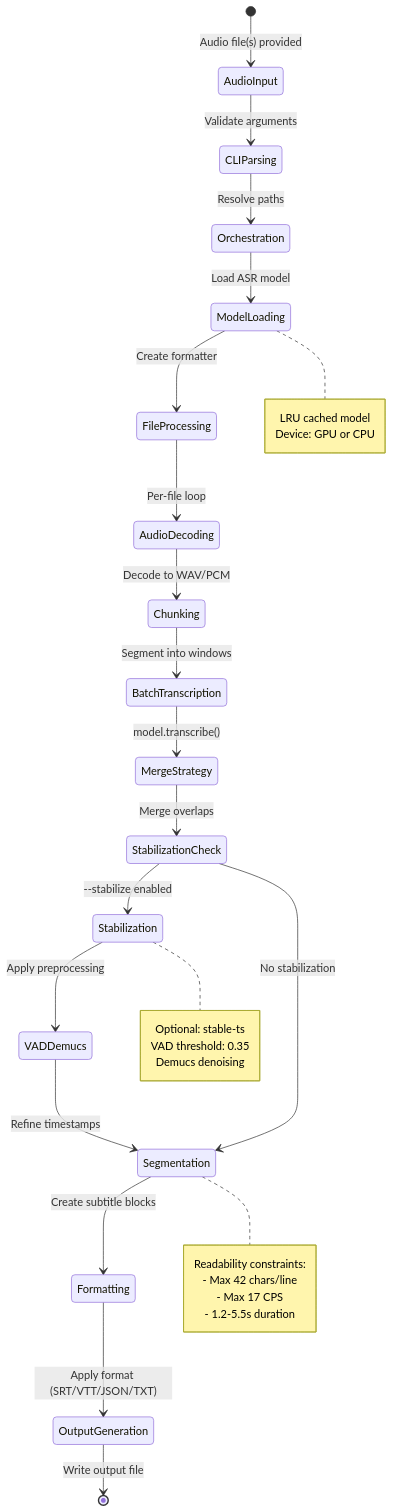
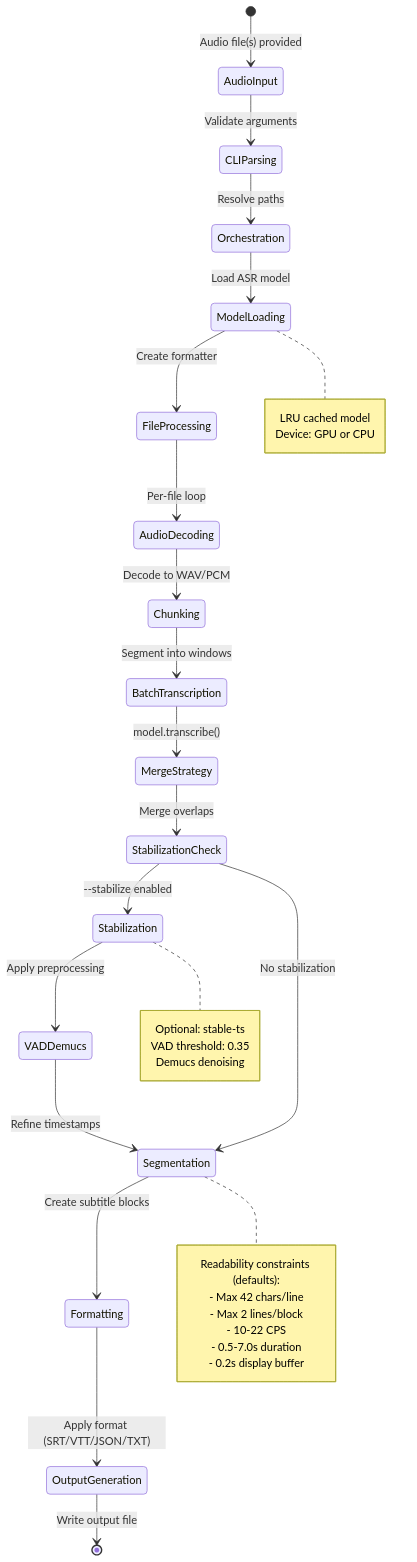
Before and after one commit to beecave-homelab/parakeet_rocm: the second of 2 diagrams in project-overview.md, drawn with Mermaid. The commit also changed other lines of this file and 106 other files, not shown here.

````diff
--- a/project-overview.md
+++ b/project-overview.md
@@ -86,42 +88,44 @@
 ```mermaid
 stateDiagram-v2
     [*] --> AudioInput: Audio file(s) provided
     AudioInput --> CLIParsing: Validate arguments
     CLIParsing --> Orchestration: Resolve paths
     Orchestration --> ModelLoading: Load ASR model
     ModelLoading --> FileProcessing: Create formatter
     FileProcessing --> AudioDecoding: Per-file loop
     AudioDecoding --> Chunking: Decode to WAV/PCM
     Chunking --> BatchTranscription: Segment into windows
     BatchTranscription --> MergeStrategy: model.transcribe()
     MergeStrategy --> StabilizationCheck: Merge overlaps
     
     state StabilizationCheck <<choice>>
     StabilizationCheck --> Stabilization: --stabilize enabled
     StabilizationCheck --> Segmentation: No stabilization
     
     Stabilization --> VADDemucs: Apply preprocessing
     VADDemucs --> Segmentation: Refine timestamps
     
     Segmentation --> Formatting: Create subtitle blocks
     Formatting --> OutputGeneration: Apply format (SRT/VTT/JSON/TXT)
     OutputGeneration --> [*]: Write output file
     
     note right of ModelLoading
         LRU cached model
         Device: GPU or CPU
     end note
     
     note right of Stabilization
         Optional: stable-ts
         VAD threshold: 0.35
         Demucs denoising
     end note
     
     note right of Segmentation
-        Readability constraints:
+        Readability constraints (defaults):
         - Max 42 chars/line
-        - Max 17 CPS
-        - 1.2-5.5s duration
+        - Max 2 lines/block
+        - 10-22 CPS
+        - 0.5-7.0s duration
+        - 0.2s display buffer
     end note
 ```
````
